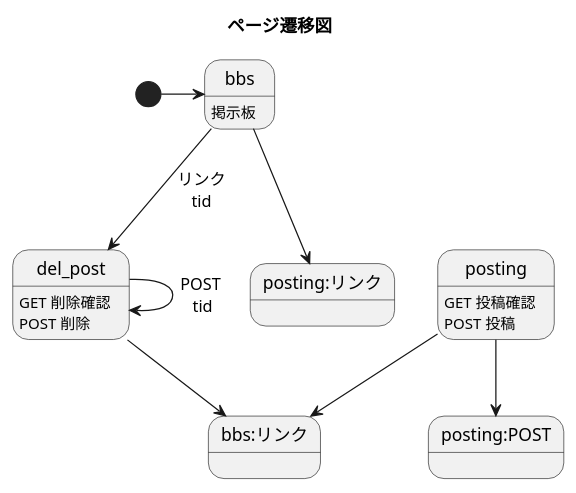
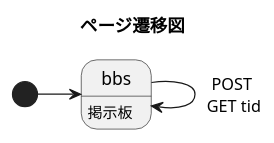
One commit to toufu66/example changed the diagram in uml/pageFlow.pu. Above: the diagram before and after it, drawn with PlantUML. The commit also changed 4 other files, not shown here.

```diff
--- a/uml/pageFlow.pu
+++ b/uml/pageFlow.pu
@@ -1,14 +1,10 @@
 @startuml
 title ページ遷移図
 bbs : 掲示板
-del_post:GET 削除確認\nPOST 削除
-posting:GET 投稿確認\nPOST 投稿
+
+
 
 [*]->bbs
-bbs-->del_post:リンク\ntid
-del_post-->del_post:POST\n tid
-del_post-->bbs:リンク
-bbs-->posting:リンク
-posting-->posting:POST
-posting-->bbs:リンク
+
+bbs --> bbs :POST\n GET tid
 @enduml
```
